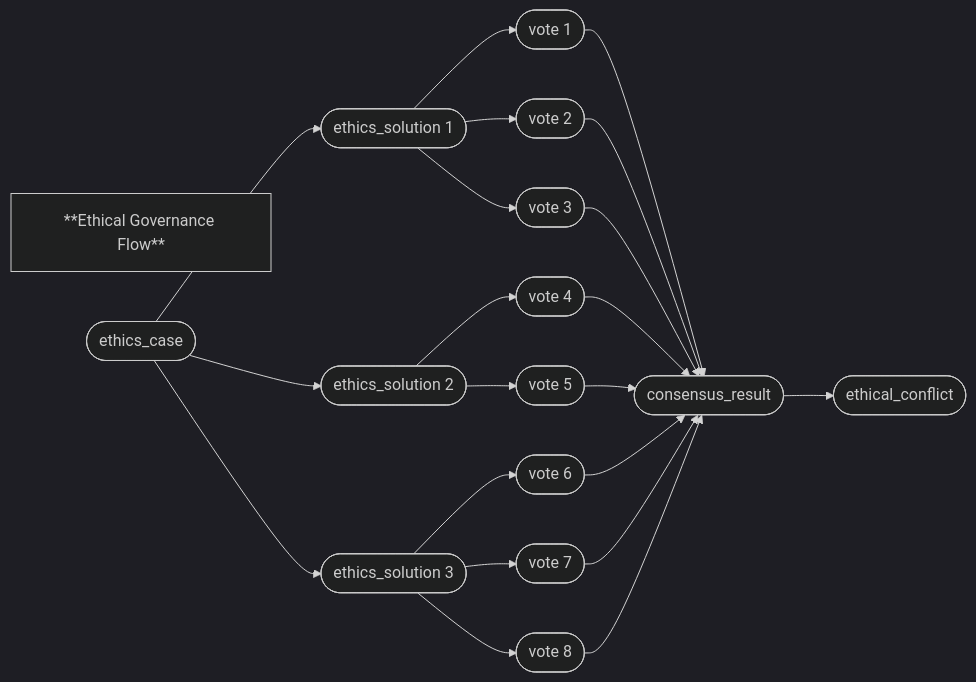
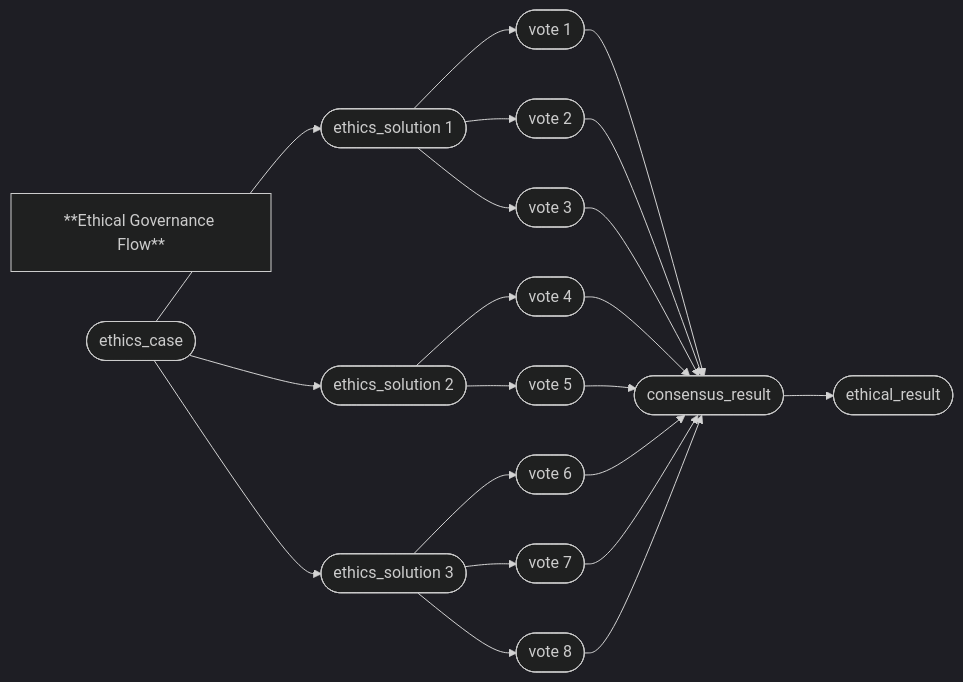
The sixth of 6 diagrams in docs/HMP-0005.md (kagvi13/HMP), drawn with Mermaid (dark theme) before and after one commit. The commit also changed other lines of this file, not shown here.

Commit message:
Rename 'ethical_conflict' to 'ethical_result'

````diff
--- a/docs/HMP-0005.md
+++ b/docs/HMP-0005.md
@@ -2316,40 +2316,40 @@
 ```mermaid
 flowchart LR
     title["**Ethical Governance Flow**"]
 
     case(["ethics_case"])
     sol1(["ethics_solution 1"])
     sol2(["ethics_solution 2"])
     sol3(["ethics_solution 3"])
     vote1(["vote 1"])
     vote2(["vote 2"])
     vote3(["vote 3"])
     vote4(["vote 4"])
     vote5(["vote 5"])
     vote6(["vote 6"])
     vote7(["vote 7"])
     vote8(["vote 8"])
     consensus(["consensus_result"])
-    conflict(["ethical_conflict"])
+    conflict(["ethical_result"])
 
     case --> sol1
     case --> sol2
     case --> sol3
     sol1 --> vote1
     sol1 --> vote2
     sol1 --> vote3
     sol2 --> vote4
     sol2 --> vote5
     sol3 --> vote6
     sol3 --> vote7
     sol3 --> vote8
     vote1 --> consensus
     vote2 --> consensus
     vote3 --> consensus
     vote4 --> consensus
     vote5 --> consensus
     vote6 --> consensus
     vote7 --> consensus
     vote8 --> consensus
     consensus --> conflict
 ```
````
